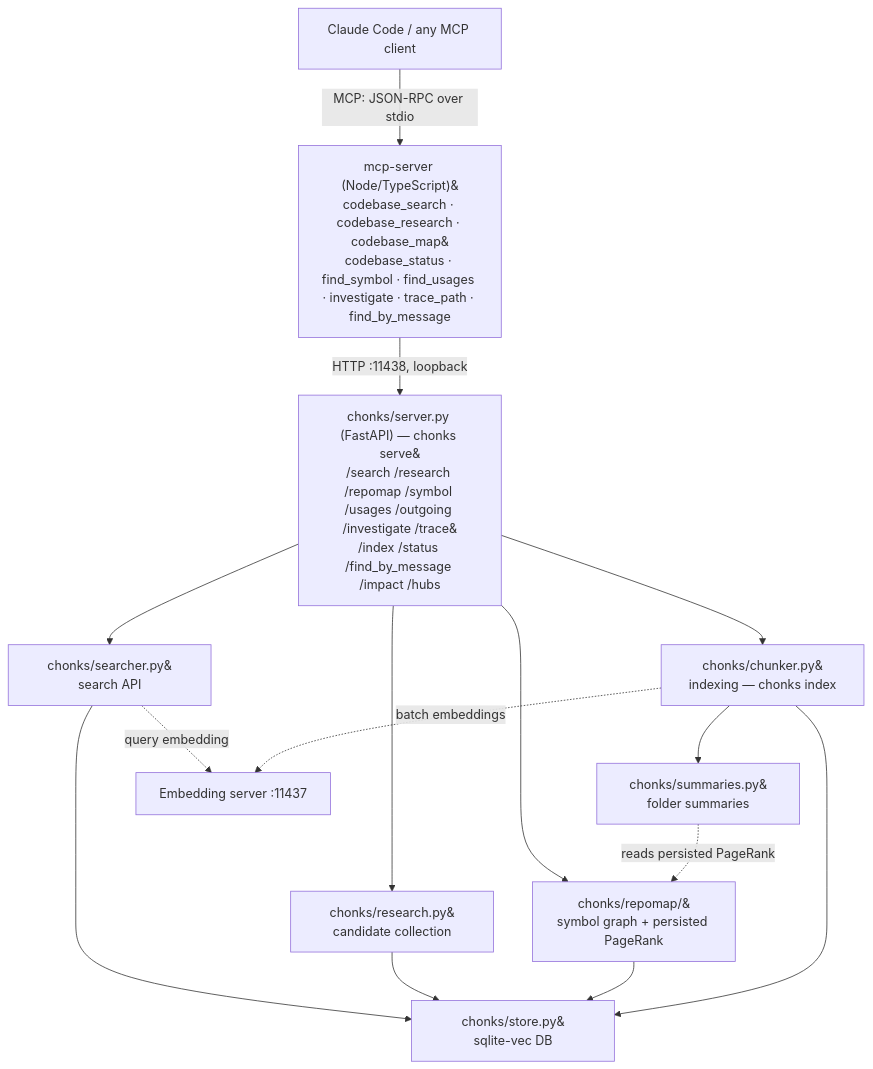
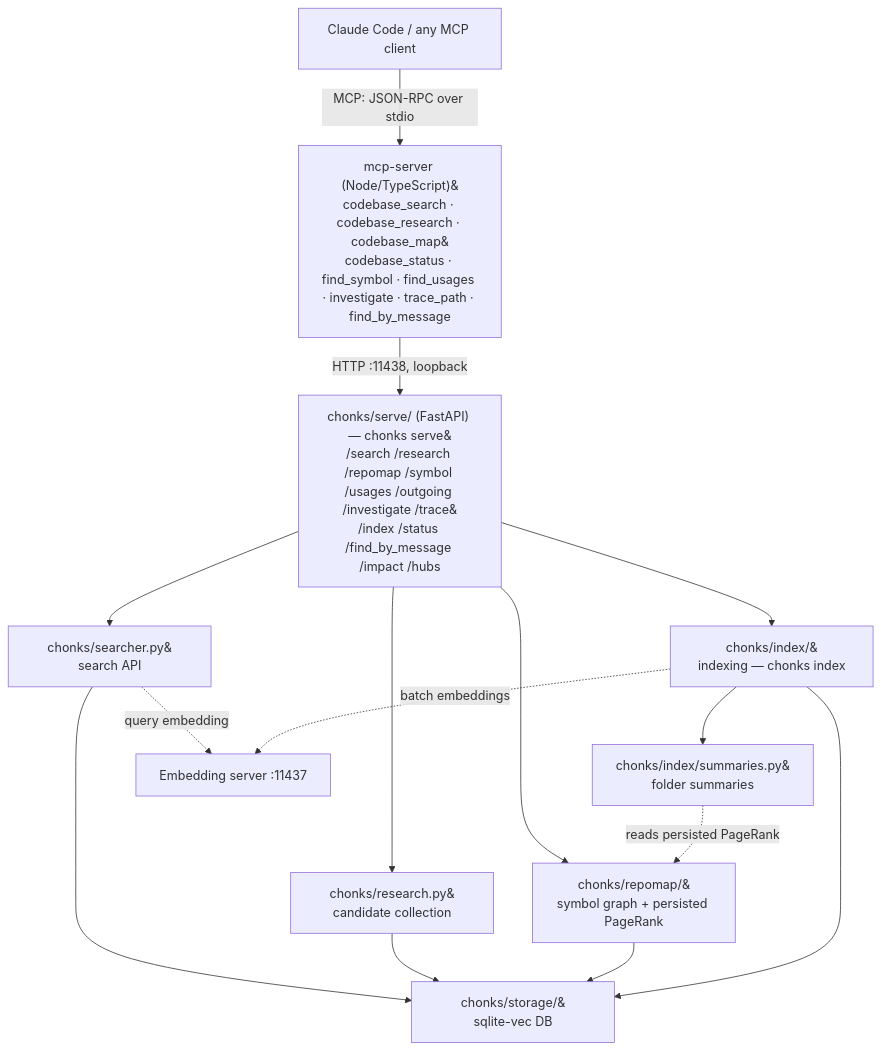
The first of 2 diagrams in DOCS.md (mgonzalez01/Chonks), drawn with Mermaid before and after one commit. The commit also changed other lines of this file and 9 other files, not shown here.

````diff
--- a/DOCS.md
+++ b/DOCS.md
@@ -69,17 +69,17 @@
 ```mermaid
 flowchart TD
     CC["Claude Code / any MCP client"] -->|"MCP: JSON-RPC over stdio"| PROXY["mcp-server (Node/TypeScript)&#10;codebase_search &middot; codebase_research &middot; codebase_map&#10;codebase_status &middot; find_symbol &middot; find_usages &middot; investigate &middot; trace_path &middot; find_by_message"]
-    PROXY -->|"HTTP :11438, loopback"| API["chonks/server.py (FastAPI) &mdash; chonks serve&#10;/search /research /repomap /symbol /usages /outgoing /investigate /trace&#10;/index /status /find_by_message /impact /hubs"]
+    PROXY -->|"HTTP :11438, loopback"| API["chonks/serve/ (FastAPI) &mdash; chonks serve&#10;/search /research /repomap /symbol /usages /outgoing /investigate /trace&#10;/index /status /find_by_message /impact /hubs"]
     API --> SEARCHER["chonks/searcher.py&#10;search API"]
     API --> RESEARCH["chonks/research.py&#10;candidate collection"]
     API --> REPOMAP["chonks/repomap/&#10;symbol graph + persisted PageRank"]
-    API --> CHUNKER["chonks/chunker.py&#10;indexing &mdash; chonks index"]
-    CHUNKER --> SUMM["chonks/summaries.py&#10;folder summaries"]
+    API --> CHUNKER["chonks/index/&#10;indexing &mdash; chonks index"]
+    CHUNKER --> SUMM["chonks/index/summaries.py&#10;folder summaries"]
     SUMM -.->|"reads persisted PageRank"| REPOMAP
-    SEARCHER --> STORE["chonks/store.py&#10;sqlite-vec DB"]
+    SEARCHER --> STORE["chonks/storage/&#10;sqlite-vec DB"]
     RESEARCH --> STORE
     REPOMAP --> STORE
     CHUNKER --> STORE
     SEARCHER -.->|"query embedding"| EMB["Embedding server :11437"]
     CHUNKER -.->|"batch embeddings"| EMB
 ```
````
